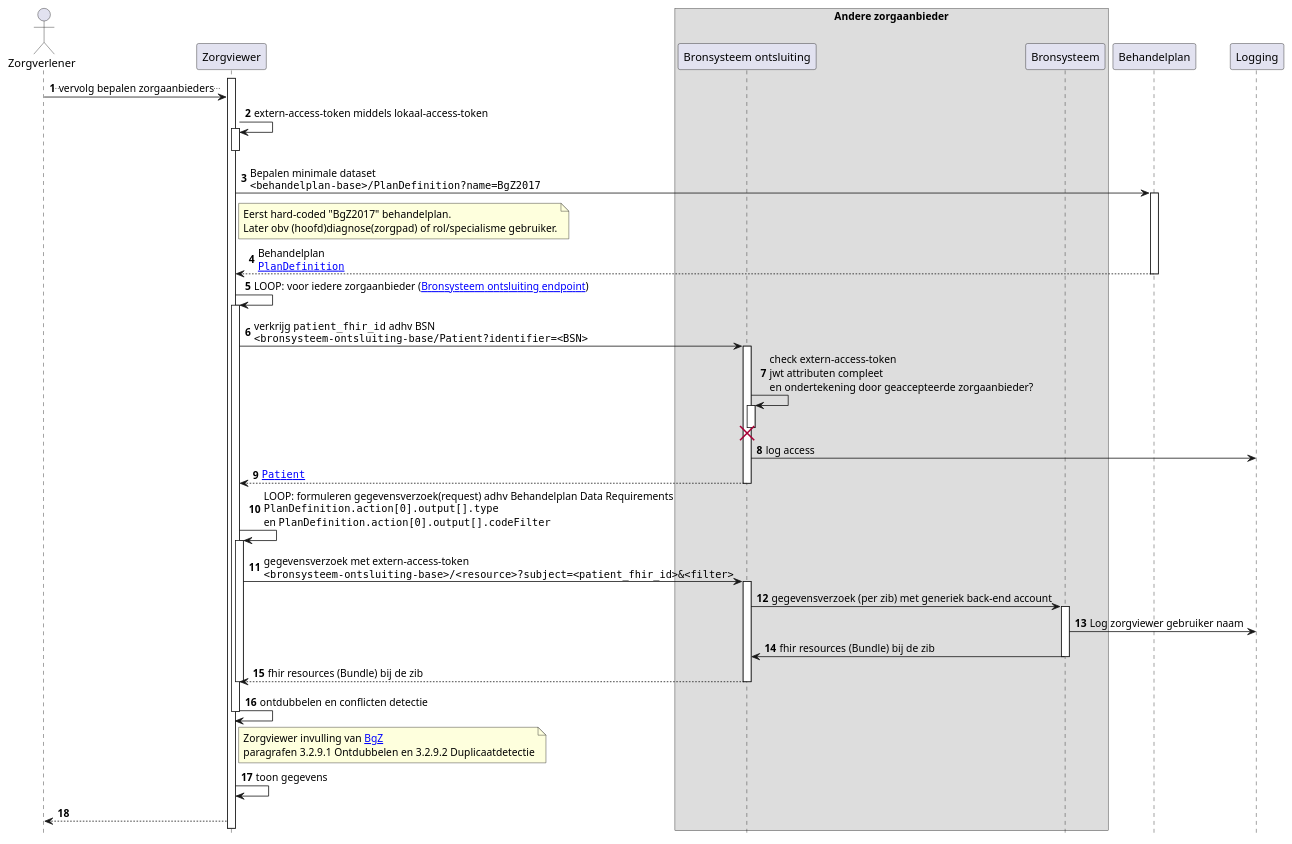
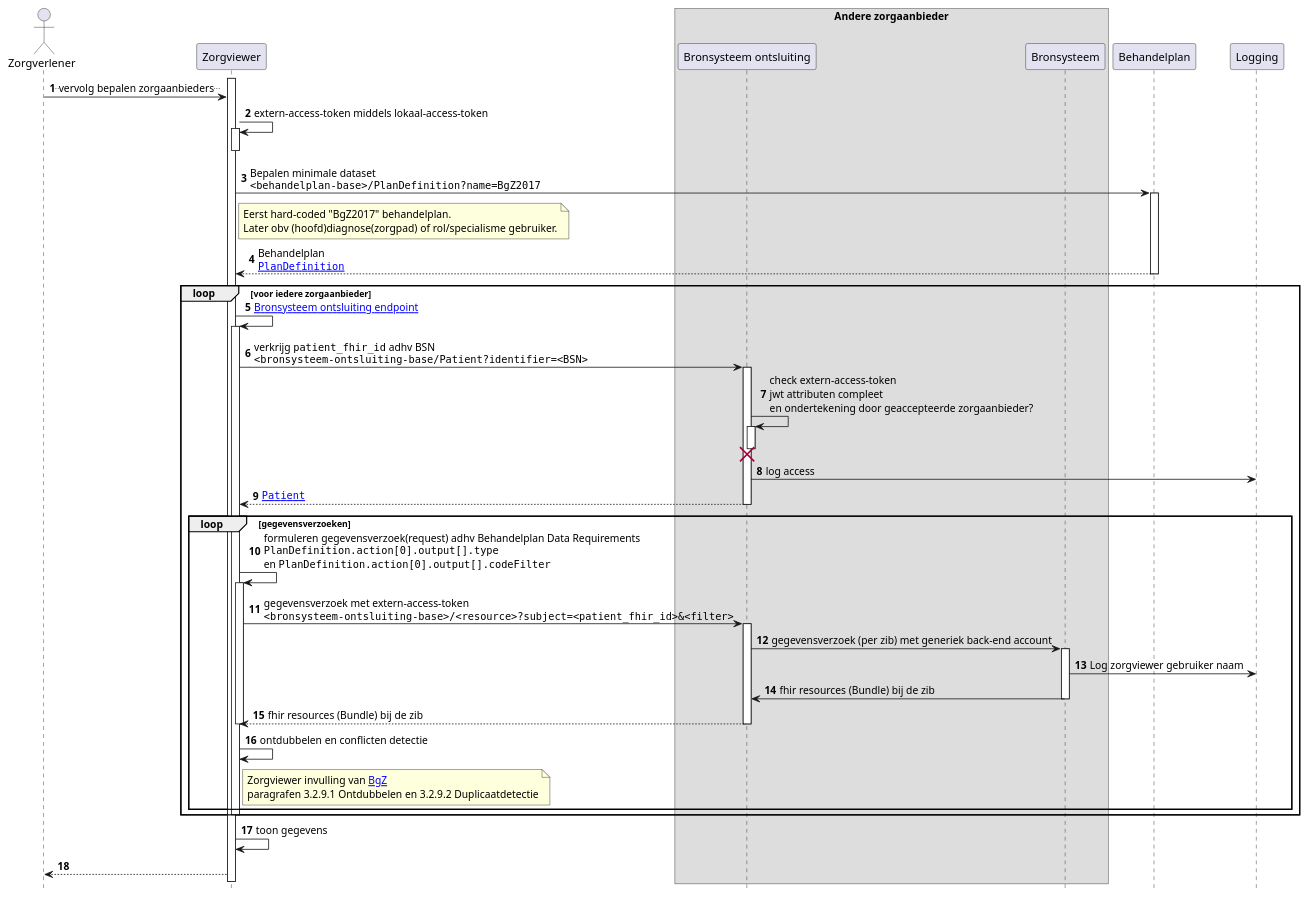
The diagram in input/images-source/Zorgviewer-seq-3.plantuml (RIVO-Noord/zorgviewer-ig), drawn with PlantUML before and after one commit. The commit also changed 1 other file, not shown here.

```diff
--- a/input/images-source/Zorgviewer-seq-3.plantuml
+++ b/input/images-source/Zorgviewer-seq-3.plantuml
@@ -1,56 +1,60 @@
 @startuml
 hide footbox
 autonumber
 
 actor Zorgverlener
 participant Zorgviewer
 box "Andere zorgaanbieder"
 participant "Bronsysteem ontsluiting" as Bron
 participant Bronsysteem
 end box
 participant Behandelplan
 
 activate Zorgviewer
 Zorgverlener->Zorgviewer: ..vervolg bepalen zorgaanbieders..
 Zorgviewer->Zorgviewer++: extern-access-token middels lokaal-access-token
 deactivate Zorgviewer
 Zorgviewer->Behandelplan: Bepalen minimale dataset\n""<behandelplan-base>/PlanDefinition?name=BgZ2017""
 note right Zorgviewer
   Eerst hard-coded "BgZ2017" behandelplan.
   Later obv (hoofd)diagnose(zorgpad) of rol/specialisme gebruiker.
 end note
 activate Behandelplan
 Behandelplan-->Zorgviewer: Behandelplan\n""[[StructureDefinition-PlanDefinition.html PlanDefinition]]""
 deactivate Behandelplan
-Zorgviewer->Zorgviewer: LOOP: voor iedere zorgaanbieder ([[Endpoint-UMCG.html Bronsysteem ontsluiting endpoint]])
-activate Zorgviewer
-Zorgviewer->Bron : verkrijg ""patient_fhir_id"" adhv BSN\n""<bronsysteem-ontsluiting-base/Patient?identifier=<BSN>""
-activate Bron
-Bron->Bron++ : check extern-access-token\njwt attributen compleet\nen ondertekening door geaccepteerde zorgaanbieder?
-destroy Bron
-Bron->Logging : log access
-Bron-->Zorgviewer : ""[[StructureDefinition-Patient.html Patient]]""
-deactivate Bron
-Zorgviewer->Zorgviewer: LOOP: formuleren gegevensverzoek(request) adhv Behandelplan Data Requirements\n""PlanDefinition.action[0].output[].type""\nen ""PlanDefinition.action[0].output[].codeFilter""
-activate Zorgviewer
-Zorgviewer->Bron: gegevensverzoek met extern-access-token\n""<bronsysteem-ontsluiting-base>/<resource>?subject=<patient_fhir_id>&<filter>""
-activate Bron
-Bron->Bronsysteem : gegevensverzoek (per zib) met generiek back-end account
-activate Bronsysteem
-Bronsysteem->Logging : Log zorgviewer gebruiker naam
-Bronsysteem->Bron: fhir resources (Bundle) bij de zib
-deactivate Bronsysteem
-Bron-->Zorgviewer: fhir resources (Bundle) bij de zib
-deactivate Bron
-deactivate Zorgviewer
-Zorgviewer->Zorgviewer: ontdubbelen en conflicten detectie
-note right of Zorgviewer
-  Zorgviewer invulling van [[https://informatiestandaarden.nictiz.nl/wiki/BgZ:V1.0_BgZ_MSZ_Informatiestandaard BgZ]] 
-  paragrafen 3.2.9.1 Ontdubbelen en 3.2.9.2 Duplicaatdetectie
-end note
-deactivate Zorgviewer
+loop voor iedere zorgaanbieder
+  Zorgviewer->Zorgviewer: [[Endpoint-UMCG.html Bronsysteem ontsluiting endpoint]]
+  activate Zorgviewer
+  Zorgviewer->Bron : verkrijg ""patient_fhir_id"" adhv BSN\n""<bronsysteem-ontsluiting-base/Patient?identifier=<BSN>""
+  activate Bron
+  Bron->Bron++ : check extern-access-token\njwt attributen compleet\nen ondertekening door geaccepteerde zorgaanbieder?
+  destroy Bron
+  Bron->Logging : log access
+  Bron-->Zorgviewer : ""[[StructureDefinition-Patient.html Patient]]""
+  deactivate Bron
+  loop gegevensverzoeken
+    Zorgviewer->Zorgviewer: formuleren gegevensverzoek(request) adhv Behandelplan Data Requirements\n""PlanDefinition.action[0].output[].type""\nen ""PlanDefinition.action[0].output[].codeFilter""
+    activate Zorgviewer
+    Zorgviewer->Bron: gegevensverzoek met extern-access-token\n""<bronsysteem-ontsluiting-base>/<resource>?subject=<patient_fhir_id>&<filter>""
+    activate Bron
+    Bron->Bronsysteem : gegevensverzoek (per zib) met generiek back-end account
+    activate Bronsysteem
+    Bronsysteem->Logging : Log zorgviewer gebruiker naam
+    Bronsysteem->Bron: fhir resources (Bundle) bij de zib
+    deactivate Bronsysteem
+    Bron-->Zorgviewer: fhir resources (Bundle) bij de zib
+    deactivate Bron
+    deactivate Zorgviewer
+    Zorgviewer->Zorgviewer: ontdubbelen en conflicten detectie
+    note right of Zorgviewer
+      Zorgviewer invulling van [[https://informatiestandaarden.nictiz.nl/wiki/BgZ:V1.0_BgZ_MSZ_Informatiestandaard BgZ]] 
+      paragrafen 3.2.9.1 Ontdubbelen en 3.2.9.2 Duplicaatdetectie
+    end note
+  end
+  deactivate Zorgviewer
+end
 
 Zorgviewer->Zorgviewer: toon gegevens
 Zorgviewer-->Zorgverlener
 
 @enduml
```
